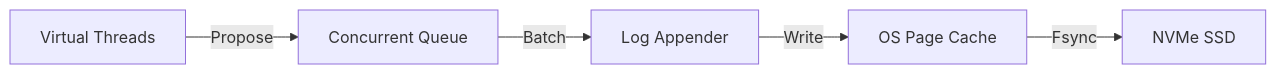
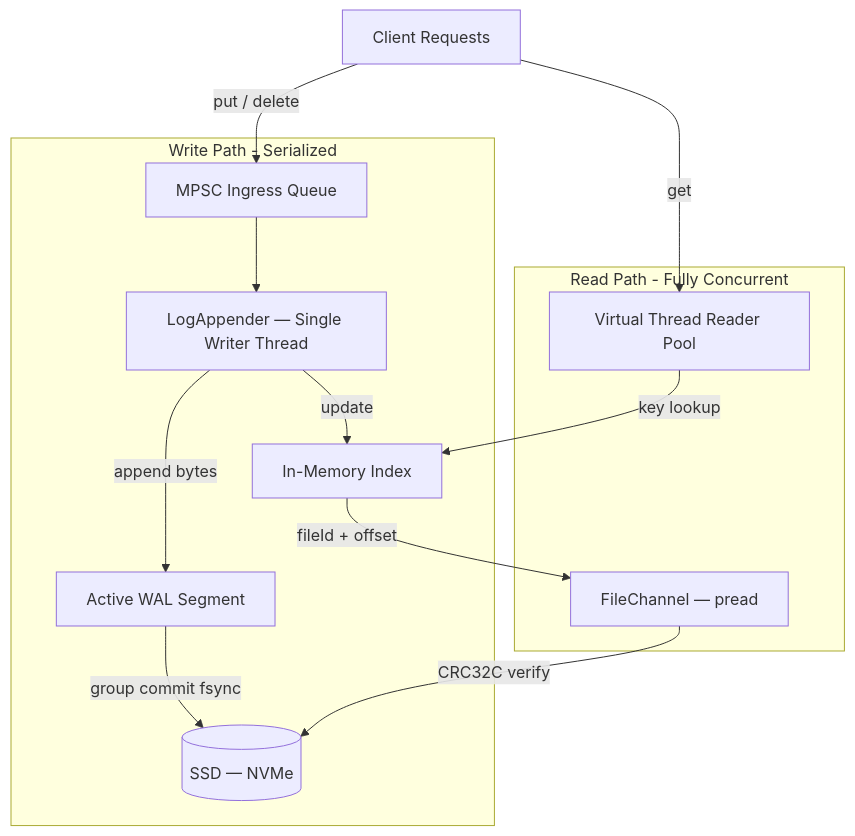
One commit to DominiK037/laminar-db changed the diagram in README.md. Above: the diagram before and after it, drawn with Mermaid. The commit also changed other lines of this file, not shown here.

Commit message:
docs(readme): add professional project README with architecture, design decisions, and roadmap

````diff
--- a/README.md
+++ b/README.md
@@ -20,8 +47,18 @@
 ```mermaid
-graph LR
-    User[Virtual Threads] --> |Propose| Queue[Concurrent Queue]
-    Queue --> |Batch| Pumper[Log Appender]
-    Pumper --> |Write| PageCache[OS Page Cache]
-    PageCache --> |Fsync| SSD[NVMe SSD]
+graph TD
+    Client[Client Requests] -->|put / delete| Queue[MPSC Ingress Queue]
+    Client -->|get| ReaderPool[Virtual Thread Reader Pool]
 
+    subgraph Write Path - Serialized
+        Queue --> Appender[LogAppender — Single Writer Thread]
+        Appender -->|append bytes| Segment[Active WAL Segment]
+        Appender -->|update| Index[In-Memory Index]
+        Segment -->|group commit fsync| Disk[(SSD — NVMe)]
+    end
+
+    subgraph Read Path - Fully Concurrent
+        ReaderPool -->|key lookup| Index
+        Index -->|fileId + offset| FileChannel[FileChannel — pread]
+        FileChannel -->|CRC32C verify| Disk
+    end
 ```
````
